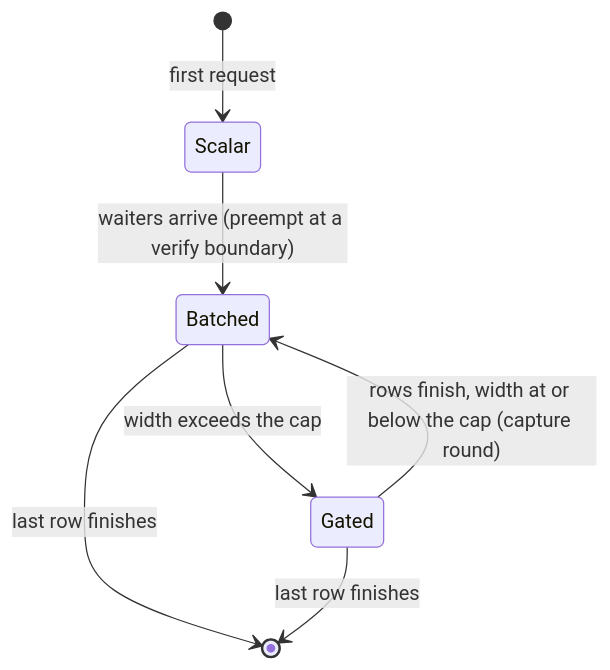
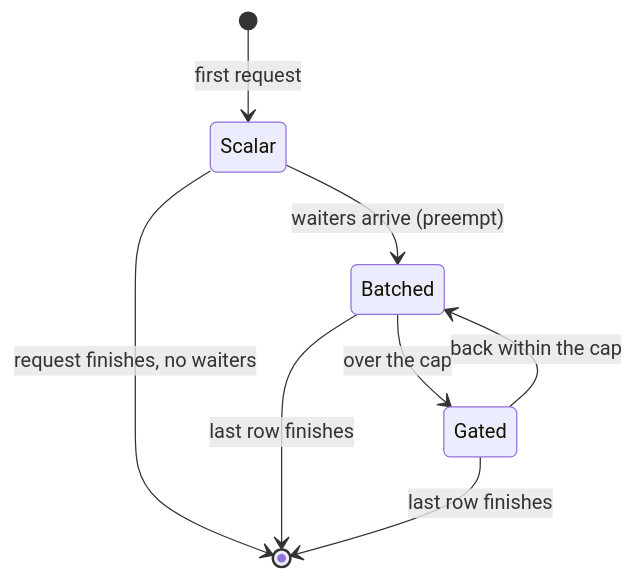
The diagram in docs/internals/speculative-batching.md (asher/gmlx), drawn with Mermaid before and after one commit. The commit also changed other lines of this file and 119 other files, not shown here.

````diff
--- a/docs/internals/speculative-batching.md
+++ b/docs/internals/speculative-batching.md
@@ -44,9 +37,10 @@
 ```mermaid
 stateDiagram-v2
     [*] --> Scalar: first request
-    Scalar --> Batched: waiters arrive (preempt at a verify boundary)
-    Batched --> Gated: width exceeds the cap
-    Gated --> Batched: rows finish, width at or below the cap (capture round)
+    Scalar --> [*]: request finishes, no waiters
+    Scalar --> Batched: waiters arrive (preempt)
+    Batched --> Gated: over the cap
+    Gated --> Batched: back within the cap
     Batched --> [*]: last row finishes
     Gated --> [*]: last row finishes
 ```
````
